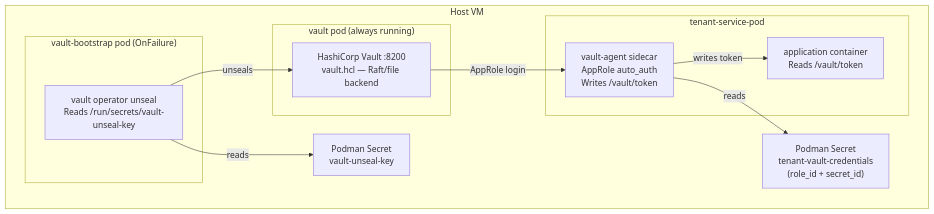
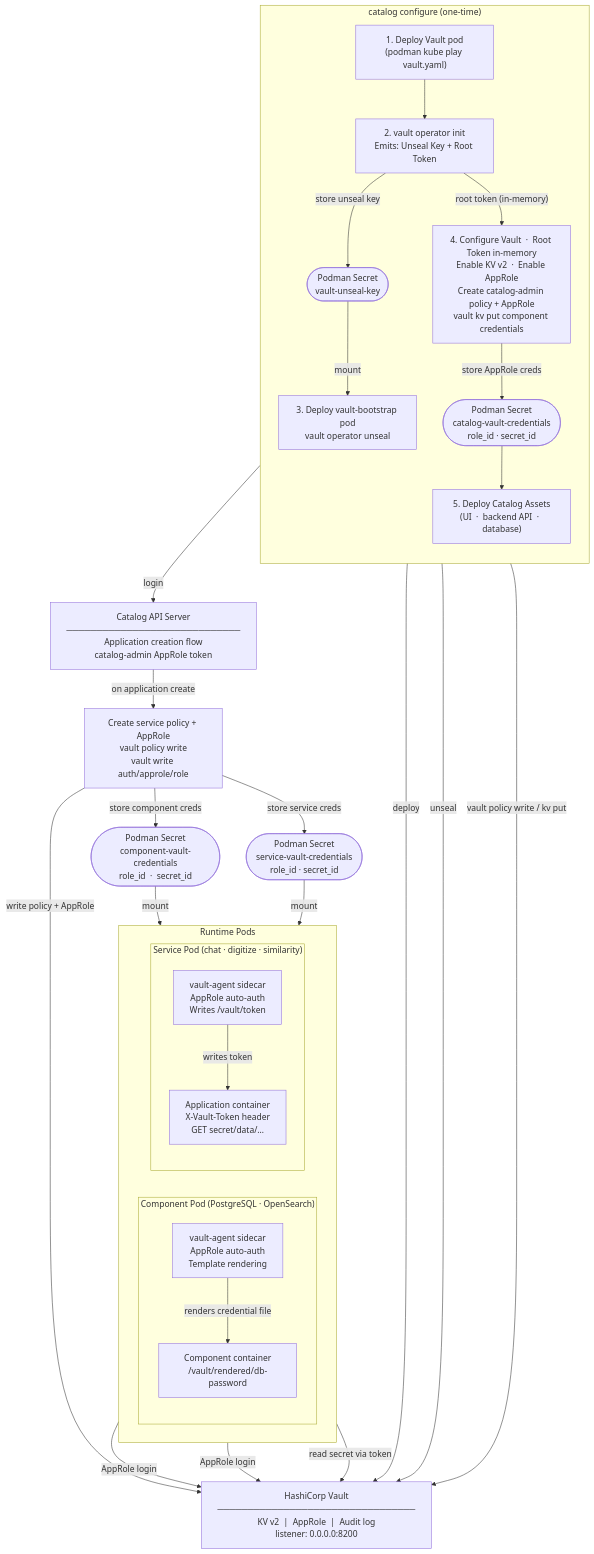
One commit to mayuka-c/project-ai-services changed the diagram in docs/proposals/catalog/vault-secret-management-proposal.md. Above: the diagram before and after it, drawn with Mermaid. The commit also changed other lines of this file, not shown here.

Commit message:
Update Architecture Overview

````diff
--- a/docs/proposals/catalog/vault-secret-management-proposal.md
+++ b/docs/proposals/catalog/vault-secret-management-proposal.md
@@ -92,27 +91,94 @@
 ```mermaid
 flowchart TD
-    subgraph Host["Host VM"]
+    %% ── catalog configure — one-time setup ──────────────────────
+    subgraph CC["catalog configure  (one-time)"]
+        direction TB
+        DEPLOY["1. Deploy Vault pod
+(podman kube play vault.yaml)"]
+        INIT["2. vault operator init
+Emits: Unseal Key + Root Token"]
+        PS_UK(["Podman Secret
+vault-unseal-key"])
+        BP["3. Deploy vault-bootstrap pod
+vault operator unseal"]
+        CFG["4. Configure Vault  ·  Root Token in-memory
+Enable KV v2  ·  Enable AppRole
+Create catalog-admin policy + AppRole
+vault kv put component credentials"]
+        PS_CAT(["Podman Secret
+catalog-vault-credentials
+role_id  ·  secret_id"])
+        ASSETS["5. Deploy Catalog Assets
+(UI  ·  backend API  ·  database)"]
 
-        subgraph VaultPod["vault pod (always running)"]
-            V["HashiCorp Vault :8200\nvault.hcl — Raft/file backend"]
+        DEPLOY --> INIT
+        INIT   -->|"store unseal key"| PS_UK
+        PS_UK  -->|mount| BP
+        INIT   -->|"root token (in-memory)"| CFG
+        CFG    -->|"store AppRole creds"| PS_CAT
+        PS_CAT --> ASSETS
+    end
+
+    %% ── HashiCorp Vault — central store ─────────────────────────
+    V["HashiCorp Vault
+─────────────────────────────────
+KV v2  |  AppRole  |  Audit log
+listener: 0.0.0.0:8200"]
+
+    DEPLOY -->|"deploy"| V
+    BP     -->|"unseal"| V
+    CFG    -->|"vault policy write / kv put"| V
+
+    %% ── Application creation flow ────────────────────────────────
+    API["Catalog API Server
+─────────────────────────────
+Application creation flow
+catalog-admin AppRole token"]
+    PROV["Create service policy + AppRole
+vault policy write
+vault write auth/approle/role"]
+    PS_SVC(["Podman Secret
+service-vault-credentials
+role_id  ·  secret_id"])
+    PS_CMP(["Podman Secret
+component-vault-credentials
+role_id  ·  secret_id"])
+
+    PS_CAT -->|"login"| API
+    API    -->|"on application create"| PROV
+    PROV   -->|"write policy + AppRole"| V
+    PROV   -->|"store service creds"| PS_SVC
+    PROV   -->|"store component creds"| PS_CMP
+
+    %% ── Runtime pods — side by side ──────────────────────────────
+    subgraph PODS["Runtime Pods"]
+        direction LR
+
+        subgraph COMP_POD["Component Pod  (PostgreSQL · OpenSearch)"]
+            direction TB
+            CVA["vault-agent sidecar
+AppRole auto-auth
+Template rendering"]
+            COMP["Component container
+/vault/rendered/db-password"]
+            CVA -->|"renders credential file"| COMP
         end
 
-        subgraph BootstrapPod["vault-bootstrap pod (OnFailure)"]
-            B["vault operator unseal\nReads /run/secrets/vault-unseal-key"]
+        subgraph SVC_POD["Service Pod  (chat · digitize · similarity)"]
+            direction TB
+            SVA["vault-agent sidecar
+AppRole auto-auth
+Writes /vault/token"]
+            SVC["Application container
+X-Vault-Token header
+GET secret/data/…"]
+            SVA -->|"writes token"| SVC
         end
+    end
 
-        subgraph ServicePod["tenant-service-pod"]
-            VA["vault-agent sidecar\nAppRole auto_auth\nWrites /vault/token"]
-            SVC["application container\nReads /vault/token"]
-        end
-
-        PS["Podman Secret\nvault-unseal-key"]
-        PS2["Podman Secret\ntenant-vault-credentials\n(role_id + secret_id)"]
-
-        V -->|"AppRole login"| VA
-        B -->|"reads"| PS
-        B -->|"unseals"| V
-        VA -->|"reads"| PS2
-        VA -->|"writes token"| SVC
-    end
+    PS_CMP -->|"mount"| CVA
+    PS_SVC -->|"mount"| SVA
+    CVA    -->|"AppRole login"| V
+    SVA    -->|"AppRole login"| V
+    SVC    -->|"read secret via token"| V
 ```
````
